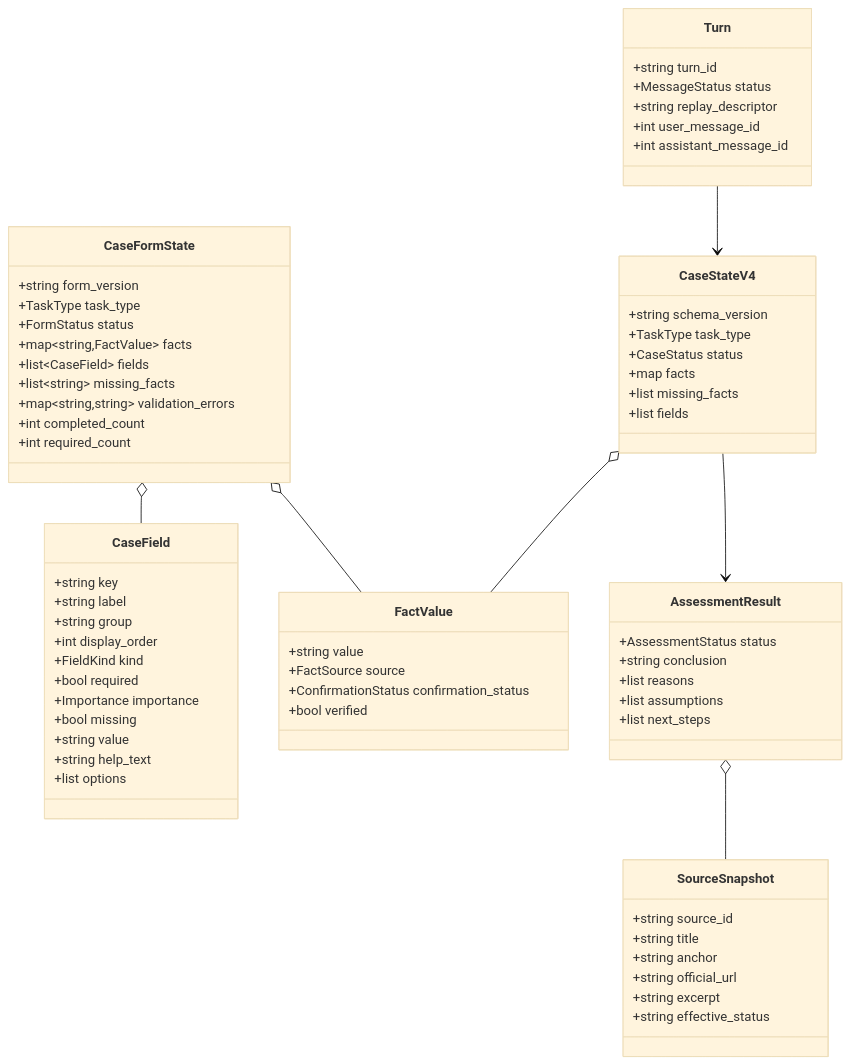
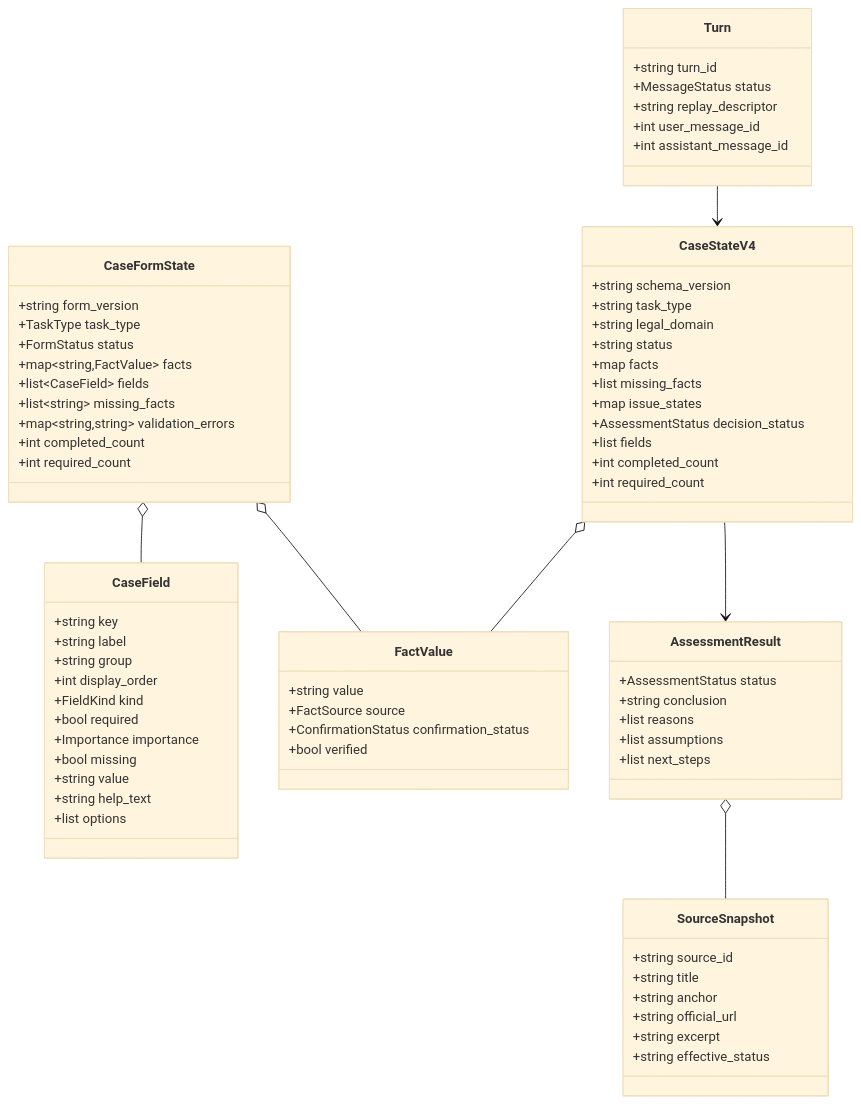
The first of 2 diagrams in docs/architecture/domain-model.md (taitran501/vietnam-legal-agent), drawn with Mermaid (base theme) before and after one commit. The commit also changed other lines of this file and 28 other files, not shown here.

````diff
--- a/docs/architecture/domain-model.md
+++ b/docs/architecture/domain-model.md
@@ -5,70 +5,75 @@
 ```mermaid
 classDiagram
     class CaseFormState {
         +string form_version
         +TaskType task_type
         +FormStatus status
         +map~string,FactValue~ facts
         +list~CaseField~ fields
         +list~string~ missing_facts
         +map~string,string~ validation_errors
         +int completed_count
         +int required_count
     }
     class CaseField {
         +string key
         +string label
         +string group
         +int display_order
         +FieldKind kind
         +bool required
         +Importance importance
         +bool missing
         +string value
         +string help_text
         +list options
     }
     class FactValue {
         +string value
         +FactSource source
         +ConfirmationStatus confirmation_status
         +bool verified
     }
     class CaseStateV4 {
         +string schema_version
-        +TaskType task_type
-        +CaseStatus status
+        +string task_type
+        +string legal_domain
+        +string status
         +map facts
         +list missing_facts
+        +map issue_states
+        +AssessmentStatus decision_status
         +list fields
+        +int completed_count
+        +int required_count
     }
     class AssessmentResult {
         +AssessmentStatus status
         +string conclusion
         +list reasons
         +list assumptions
         +list next_steps
     }
     class SourceSnapshot {
         +string source_id
         +string title
         +string anchor
         +string official_url
         +string excerpt
         +string effective_status
     }
     class Turn {
         +string turn_id
         +MessageStatus status
         +string replay_descriptor
         +int user_message_id
         +int assistant_message_id
     }
 
     CaseFormState o-- CaseField
     CaseFormState o-- FactValue
     CaseStateV4 o-- FactValue
     CaseStateV4 --> AssessmentResult
     AssessmentResult o-- SourceSnapshot
     Turn --> CaseStateV4
 ```
````
